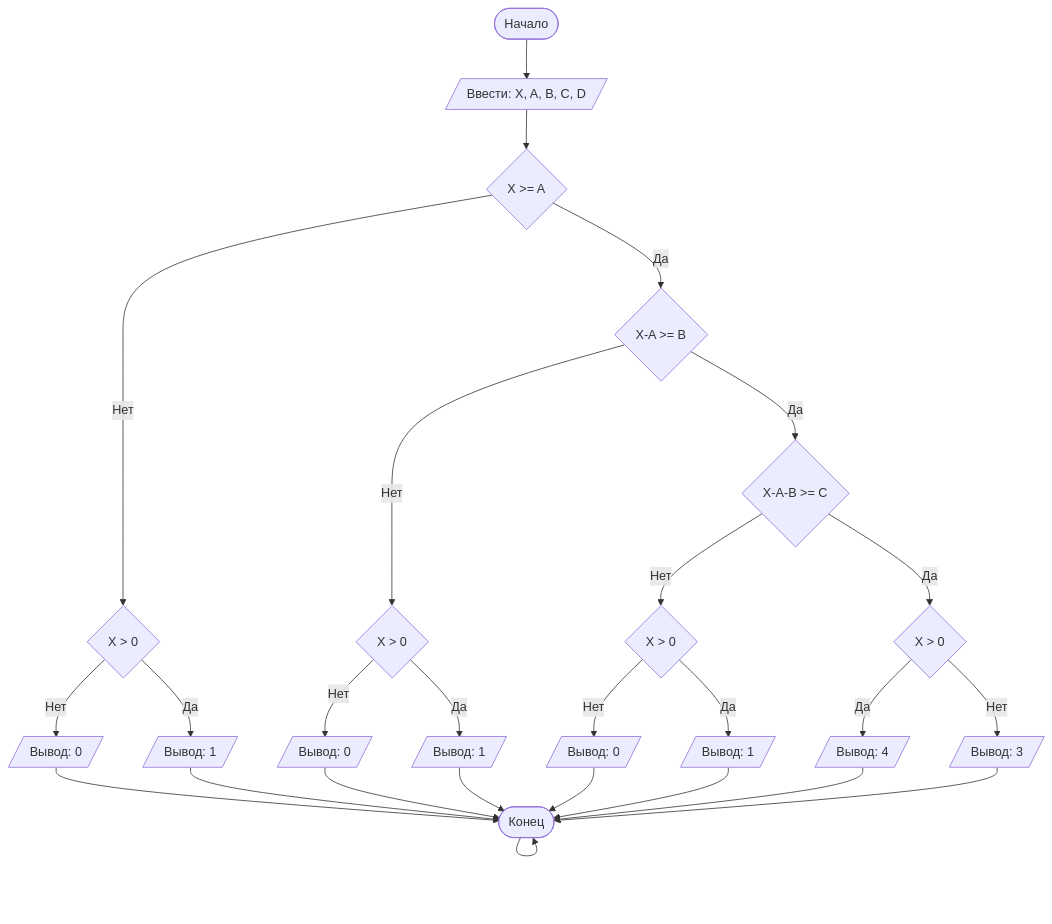
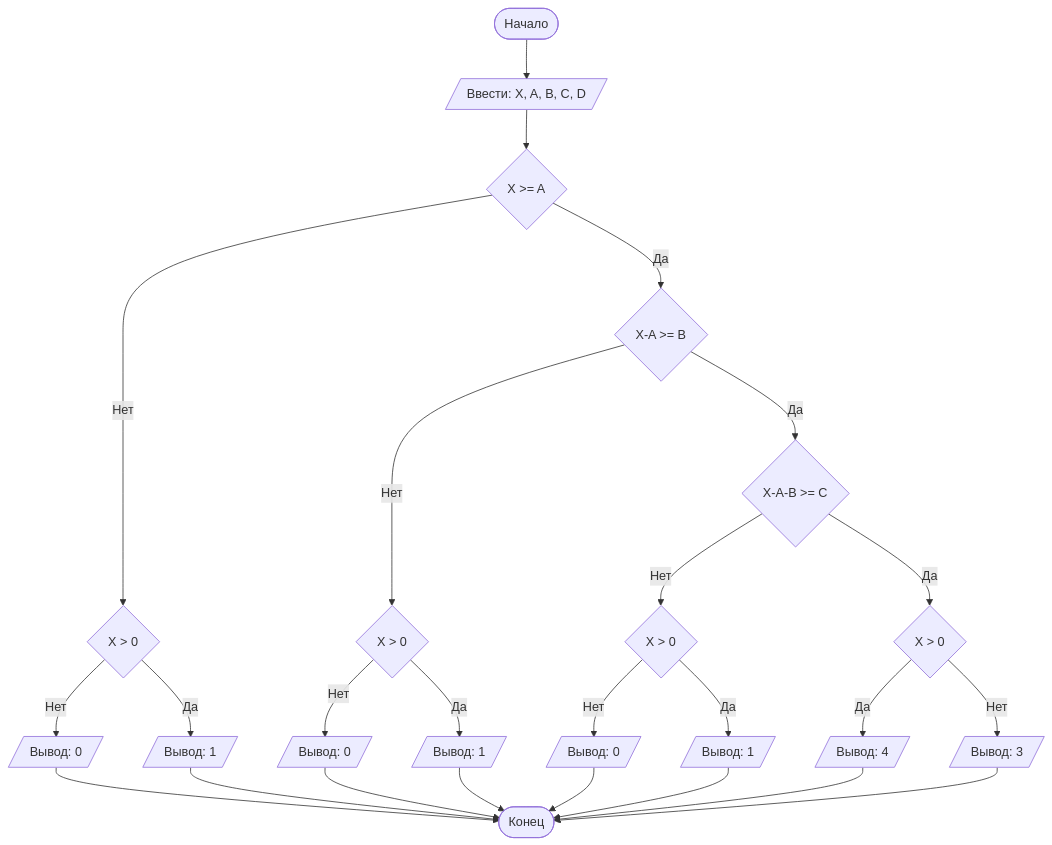
One commit to abchaccccc/LabNumber1 changed the diagram in README.md. Above: the diagram before and after it, drawn with Mermaid. The commit also changed other lines of this file, not shown here.

````diff
--- a/README.md
+++ b/README.md
@@ -97,30 +97,29 @@
 ```mermaid
 graph TD
     A([Начало]) --> B[/Ввести: X, A, B, C, D/]
     B --> C{X >= A}
     C -- Нет --> D{X > 0}
     D -- Нет --> M[/Вывод: 0/]
     D -- Да --> N[/Вывод: 1/]
     C -- Да --> E{X-A >= B}
     E -- Нет --> V{X > 0}
     V -- Нет --> L[/Вывод: 0/]
     V -- Да --> X[/Вывод: 1/]
     E -- Да --> G{X-A-B >= C}
     G -- Нет --> P{X > 0}
     G -- Да --> I{X > 0}
     P -- Нет --> H[/Вывод: 0/]
     P -- Да --> R[/Вывод: 1/]
     I -- Да --> J[/Вывод: 4/]
     I -- Нет --> U[/Вывод: 3/]
     X --> Z
     M --> Z
     N --> Z
-    Z --> Z
     H --> Z
     R --> Z
     U --> Z
     L --> Z
     J --> Z([Конец])
     
 
 ```
````
